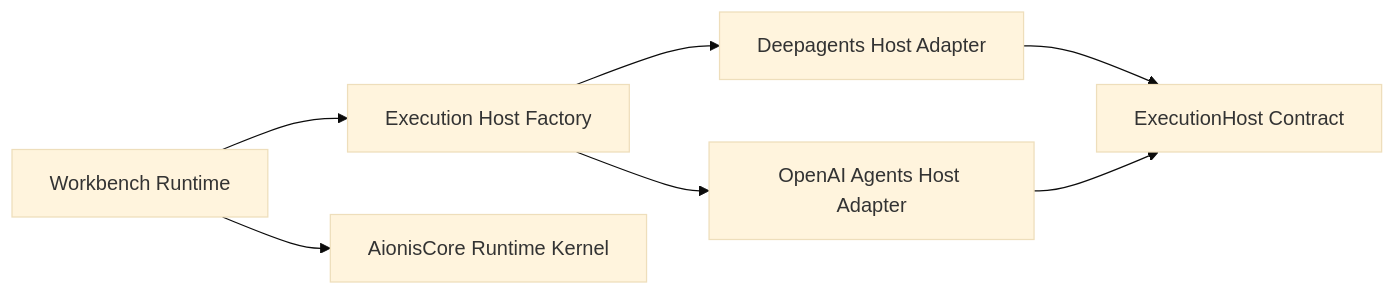
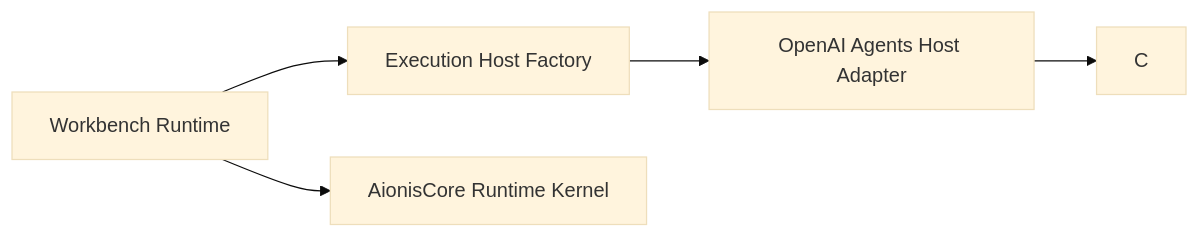
The diagram in docs/plans/2026-04-16-openai-agents-execution-host-migration-plan.md (ostinatocc/workbench), drawn with Mermaid (base theme) before and after one commit. The commit also changed other lines of this file and 20 other files, not shown here.

````diff
--- a/docs/plans/2026-04-16-openai-agents-execution-host-migration-plan.md
+++ b/docs/plans/2026-04-16-openai-agents-execution-host-migration-plan.md
@@ -93,9 +97,7 @@
 ```mermaid
 flowchart LR
     WB["Workbench Runtime"] --> FAC["Execution Host Factory"]
-    FAC --> D["Deepagents Host Adapter"]
     FAC --> O["OpenAI Agents Host Adapter"]
-    D --> C["ExecutionHost Contract"]
     O --> C
     WB --> RK["AionisCore Runtime Kernel"]
 ```
````
